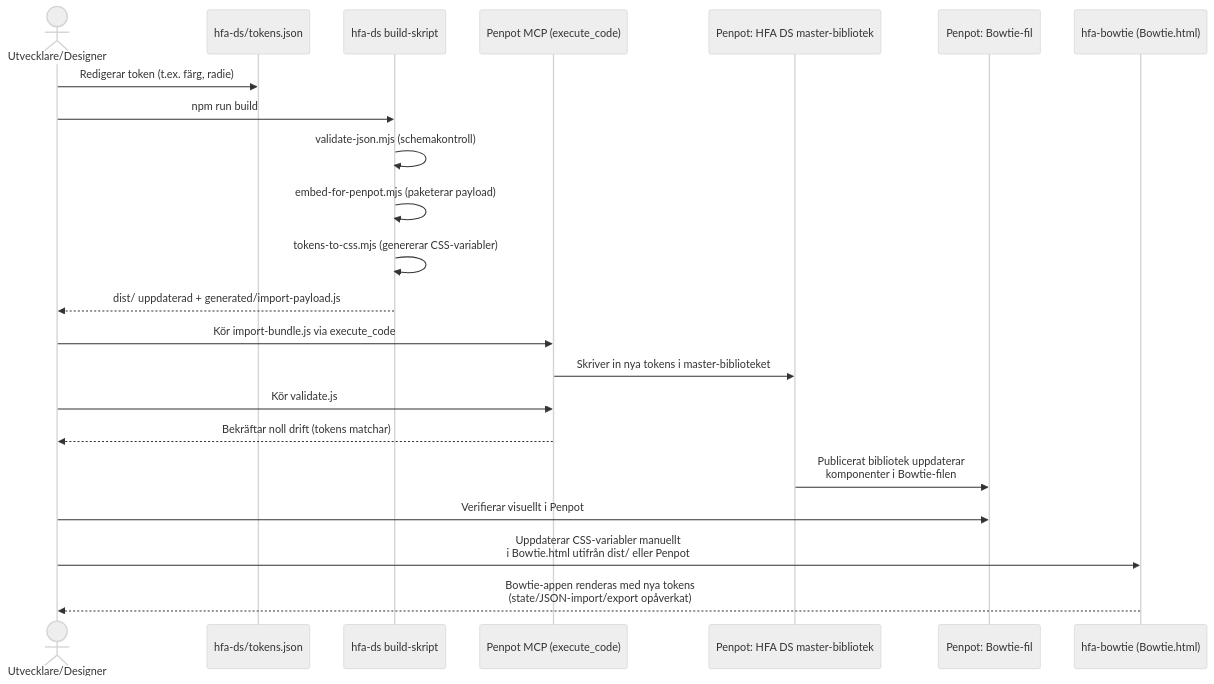
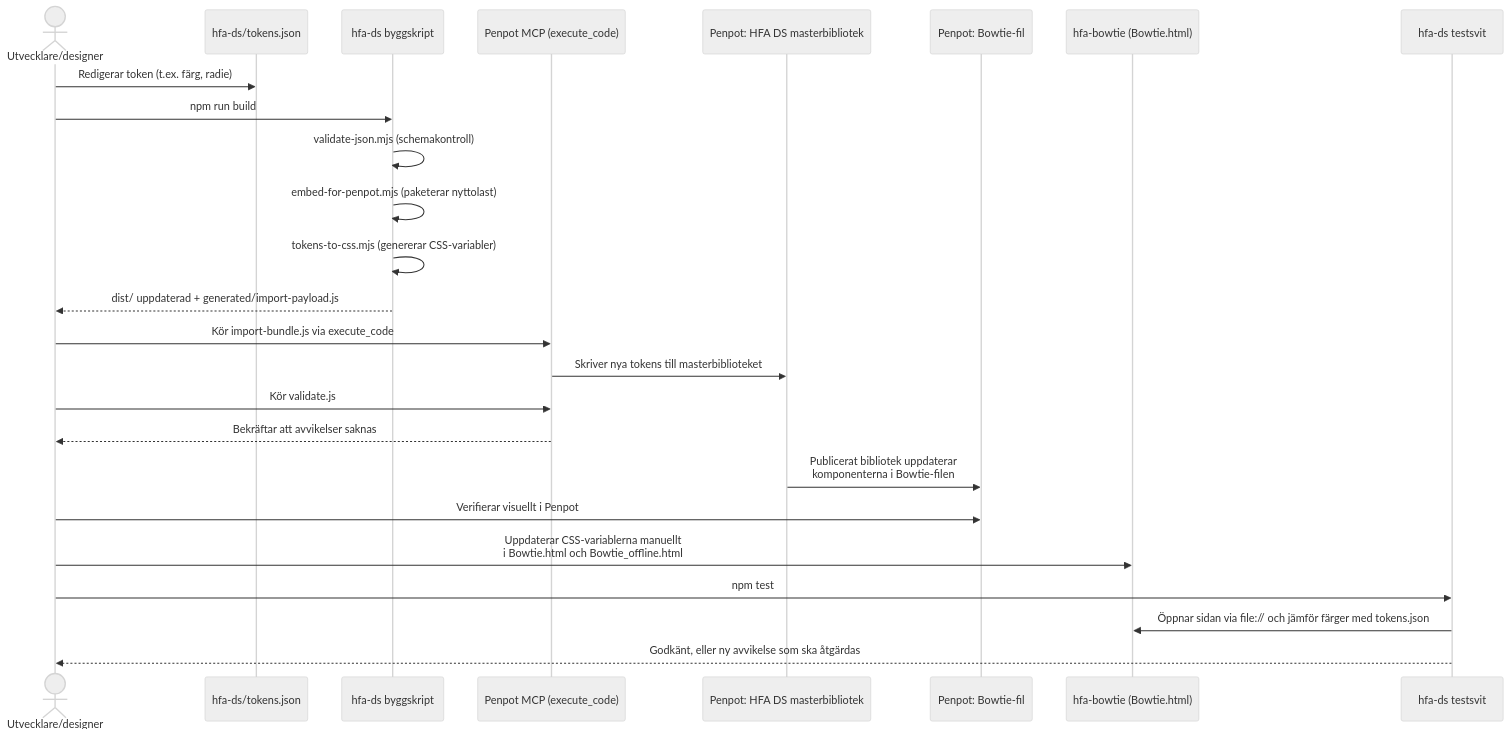
The second of 3 diagrams in arkitektur.md (larswpettersson/hfa-ds), drawn with Mermaid (neutral theme) before and after one commit. The commit also changed other lines of this file and 1 other file, not shown here.

First line of the commit message:
Docs: update architecture for STPA, RBD and the offline-first rationale

````diff
--- a/arkitektur.md
+++ b/arkitektur.md
@@ -77,28 +143,31 @@
 ```mermaid
 sequenceDiagram
-    actor Dev as Utvecklare/Designer
+    actor Dev as Utvecklare/designer
     participant Tokens as hfa-ds/tokens.json
-    participant Build as hfa-ds build-skript
+    participant Build as hfa-ds byggskript
     participant MCP as Penpot MCP (execute_code)
-    participant Master as Penpot: HFA DS master-bibliotek
+    participant Master as Penpot: HFA DS masterbibliotek
     participant AppFile as Penpot: Bowtie-fil
     participant Repo as hfa-bowtie (Bowtie.html)
+    participant Test as hfa-ds testsvit
 
     Dev->>Tokens: Redigerar token (t.ex. färg, radie)
     Dev->>Build: npm run build
     Build->>Build: validate-json.mjs (schemakontroll)
-    Build->>Build: embed-for-penpot.mjs (paketerar payload)
+    Build->>Build: embed-for-penpot.mjs (paketerar nyttolast)
     Build->>Build: tokens-to-css.mjs (genererar CSS-variabler)
     Build-->>Dev: dist/ uppdaterad + generated/import-payload.js
 
     Dev->>MCP: Kör import-bundle.js via execute_code
-    MCP->>Master: Skriver in nya tokens i master-biblioteket
+    MCP->>Master: Skriver nya tokens till masterbiblioteket
     Dev->>MCP: Kör validate.js
-    MCP-->>Dev: Bekräftar noll drift (tokens matchar)
+    MCP-->>Dev: Bekräftar att avvikelser saknas
 
-    Master->>AppFile: Publicerat bibliotek uppdaterar<br/>komponenter i Bowtie-filen
+    Master->>AppFile: Publicerat bibliotek uppdaterar<br/>komponenterna i Bowtie-filen
     Dev->>AppFile: Verifierar visuellt i Penpot
 
-    Dev->>Repo: Uppdaterar CSS-variabler manuellt<br/>i Bowtie.html utifrån dist/ eller Penpot
-    Repo-->>Dev: Bowtie-appen renderas med nya tokens<br/>(state/JSON-import/export opåverkat)
+    Dev->>Repo: Uppdaterar CSS-variablerna manuellt<br/>i Bowtie.html och Bowtie_offline.html
+    Dev->>Test: npm test
+    Test->>Repo: Öppnar sidan via file:// och jämför färger med tokens.json
+    Test-->>Dev: Godkänt, eller ny avvikelse som ska åtgärdas
 ```
````
